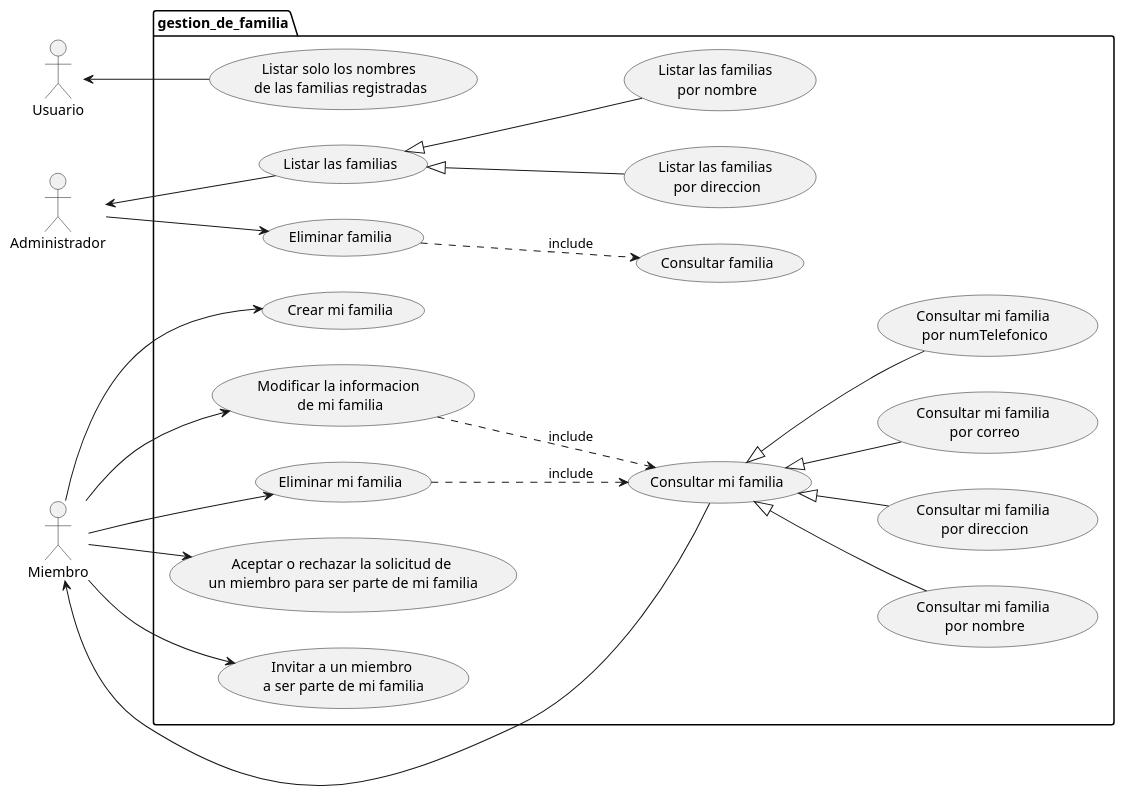
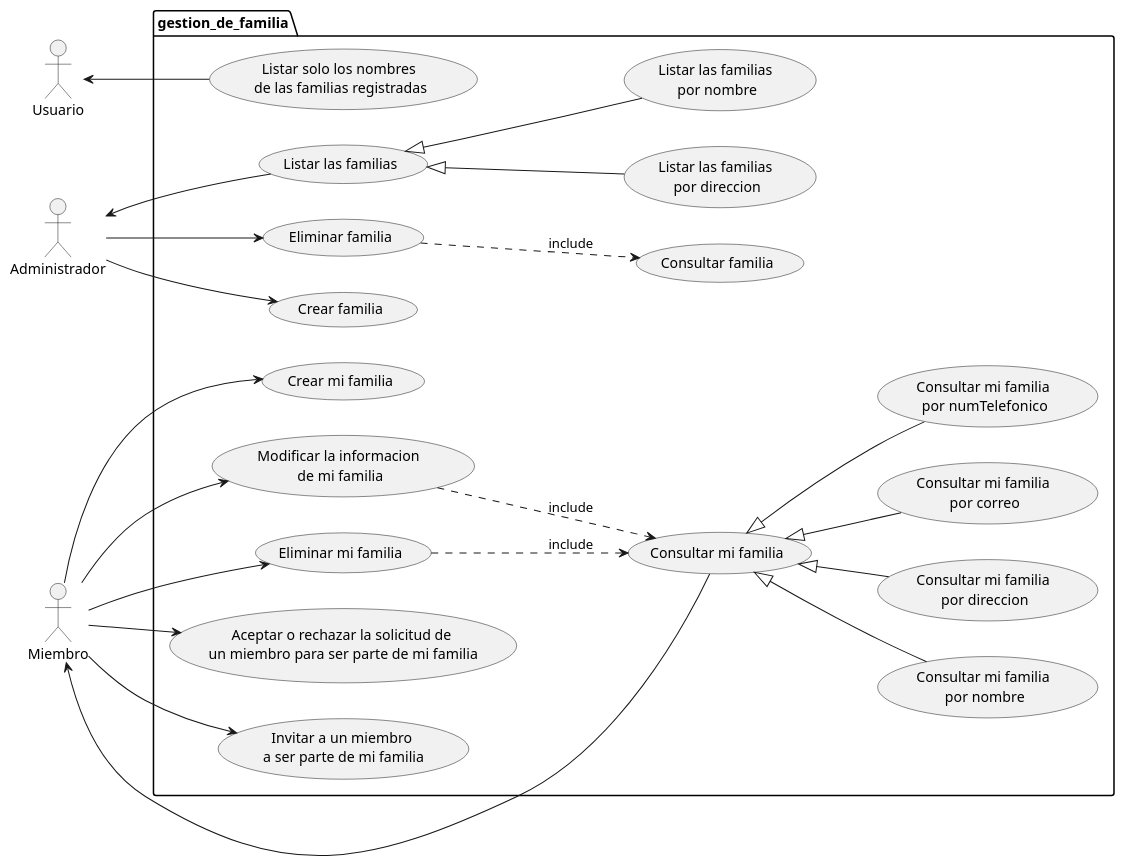
One commit to abelantonio/GastosFamiliares changed the diagram in src/GastosFamiliares/Documentacion/DiagramaCasosDeUso-Famillia.puml. Above: the diagram before and after it, drawn with PlantUML. The commit also changed 14 other files, not shown here.

```diff
--- a/src/GastosFamiliares/Documentacion/DiagramaCasosDeUso-Famillia.puml
+++ b/src/GastosFamiliares/Documentacion/DiagramaCasosDeUso-Famillia.puml
@@ -1,51 +1,53 @@
 @startuml
 left to right direction
 actor Usuario
 actor Administrador
 actor Miembro
 package gestion_de_familia{
 (Crear mi familia) as CU1
 (Consultar mi familia) as CU2
 (Modificar la informacion \nde mi familia) as CU3
 (Eliminar mi familia) as CU4
 (Aceptar o rechazar la solicitud de \nun miembro para ser parte de mi familia) as CU5
 (Invitar a un miembro \na ser parte de mi familia) as CU6
 ' --
 (Listar las familias) as CU7
 (Eliminar familia) as CU8
-(Consultar familia) as CU9
+(Crear familia) as CU9
+(Consultar familia) as CU10
 ' --
-(Listar solo los nombres \nde las familias registradas) as CU10
+(Listar solo los nombres \nde las familias registradas) as CU11
 ' --
 (Consultar mi familia \npor nombre) as CUC1
 (Consultar mi familia \npor direccion) as CUC2
 (Consultar mi familia \npor correo) as CUC3
 (Consultar mi familia \npor numTelefonico) as CUC4
 ' --
 (Listar las familias \npor nombre) as CUL5
 (Listar las familias \npor direccion) as CUL6
 ' --
 Miembro --> CU1
 Miembro <-- CU2
 Miembro --> CU3
 Miembro --> CU4
 Miembro --> CU5
 Miembro --> CU6
 CU2 <|-- CUC1
 CU2 <|-- CUC2
 CU2 <|-- CUC3
 CU2 <|-- CUC4
 ' --
 CU7 <|-- CUL5
 CU7 <|-- CUL6
 ' --
 CU3 ..> CU2:include
 CU4 ..> CU2:include
 ' --
 Administrador <-- CU7
 Administrador --> CU8
-CU8 ..> CU9:include
+Administrador --> CU9
+CU8 ..> CU10:include
 ' --
-Usuario <-- CU10
+Usuario <-- CU11
 }
 @enduml
```
